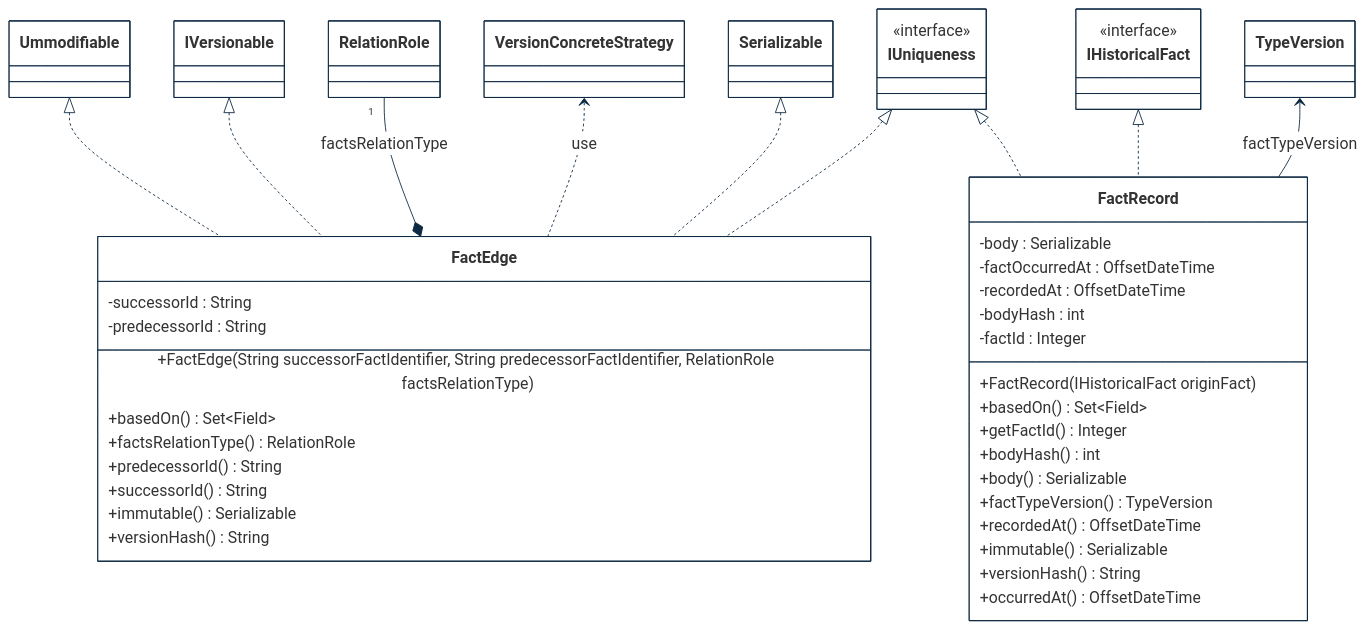
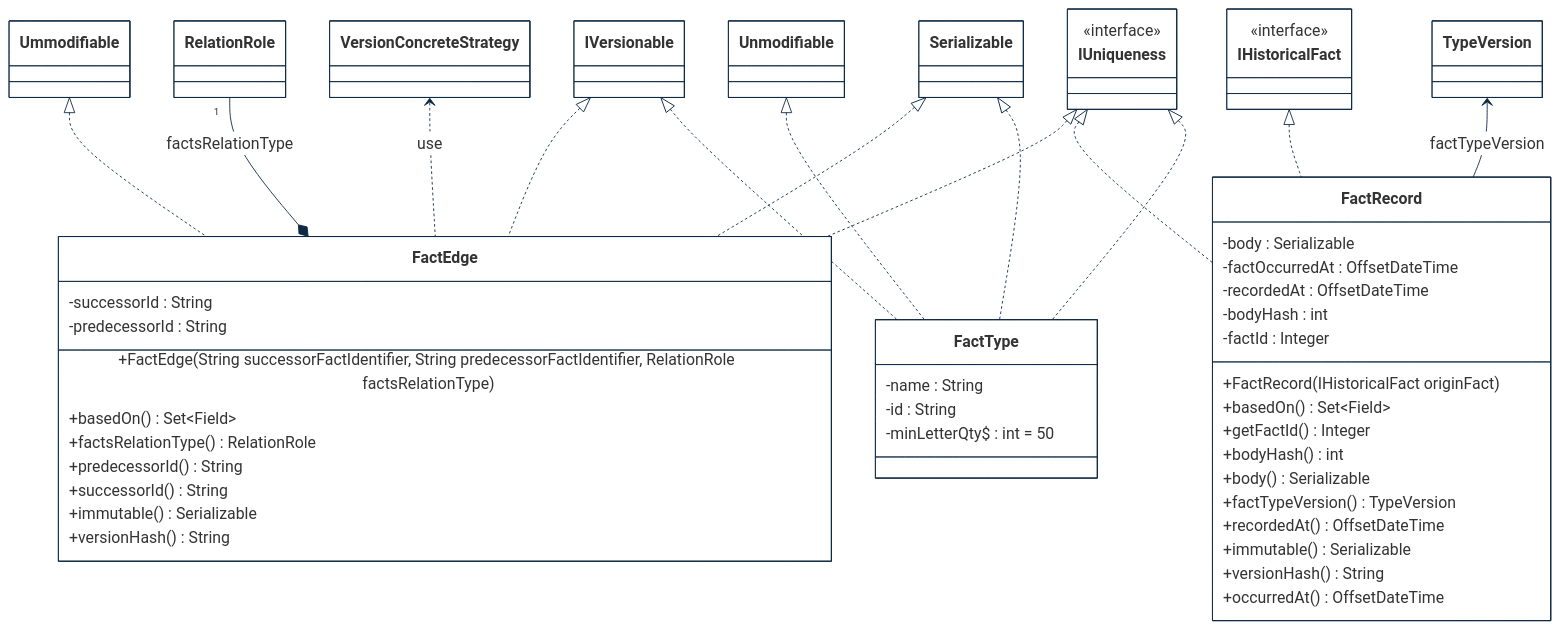
The first of 3 diagrams in implementations-line/framework/immutable/designview-packages.md (cybnity/foundation), drawn with Mermaid before and after one commit.

````diff
--- a/implementations-line/framework/immutable/designview-packages.md
+++ b/implementations-line/framework/immutable/designview-packages.md
@@ -15,67 +15,76 @@
 ```mermaid
 %%{
   init: {
     'theme': 'base',
     'themeVariables': {
         'background': '#ffffff',
         'fontFamily': 'arial',
         'fontSize': '18px',
         'primaryColor': '#fff',
         'primaryBorderColor': '#0e2a43',
         'secondaryBorderColor': '#0e2a43',
         'tertiaryBorderColor': '#0e2a43',
         'edgeLabelBackground':'#0e2a43',
         'lineColor': '#0e2a43',
         'tertiaryColor': '#fff'
     }
   }
 }%%
 classDiagram
     Ummodifiable <|.. FactEdge
+    Unmodifiable <|.. FactType
     IVersionable <|.. FactEdge
+    IVersionable <|.. FactType
     RelationRole "1" --* FactEdge : factsRelationType
     IHistoricalFact <|.. FactRecord
     VersionConcreteStrategy <.. FactEdge : use
     IUniqueness <|.. FactEdge
     IUniqueness <|.. FactRecord
+    IUniqueness <|.. FactType
     Serializable <|.. FactEdge
+    Serializable <|.. FactType
     TypeVersion <-- FactRecord : factTypeVersion
 
+    class FactType {
+        -name : String
+        -id : String
+        -minLetterQty$ : int = 50
+    }
     class IHistoricalFact {
         <<interface>>
     }
     class IUniqueness {
         <<interface>>
     }
     class RelationRole {
     }
     class FactEdge {
         -successorId : String
         -predecessorId : String
         +FactEdge(String successorFactIdentifier, String predecessorFactIdentifier, RelationRole factsRelationType)
         +basedOn() Set~Field~
         +factsRelationType() RelationRole
         +predecessorId() String
         +successorId() String
         +immutable() Serializable
         +versionHash() String
     }
     class FactRecord {
         -body : Serializable
         -factOccurredAt : OffsetDateTime
         -recordedAt : OffsetDateTime
         -bodyHash : int
         -factId : Integer
         +FactRecord(IHistoricalFact originFact)
         +basedOn() Set~Field~
         +getFactId() Integer
         +bodyHash() int
         +body() Serializable
         +factTypeVersion() TypeVersion
         +recordedAt() OffsetDateTime
         +immutable() Serializable
         +versionHash() String
         +occurredAt() OffsetDateTime
     }
 
 ```
````
